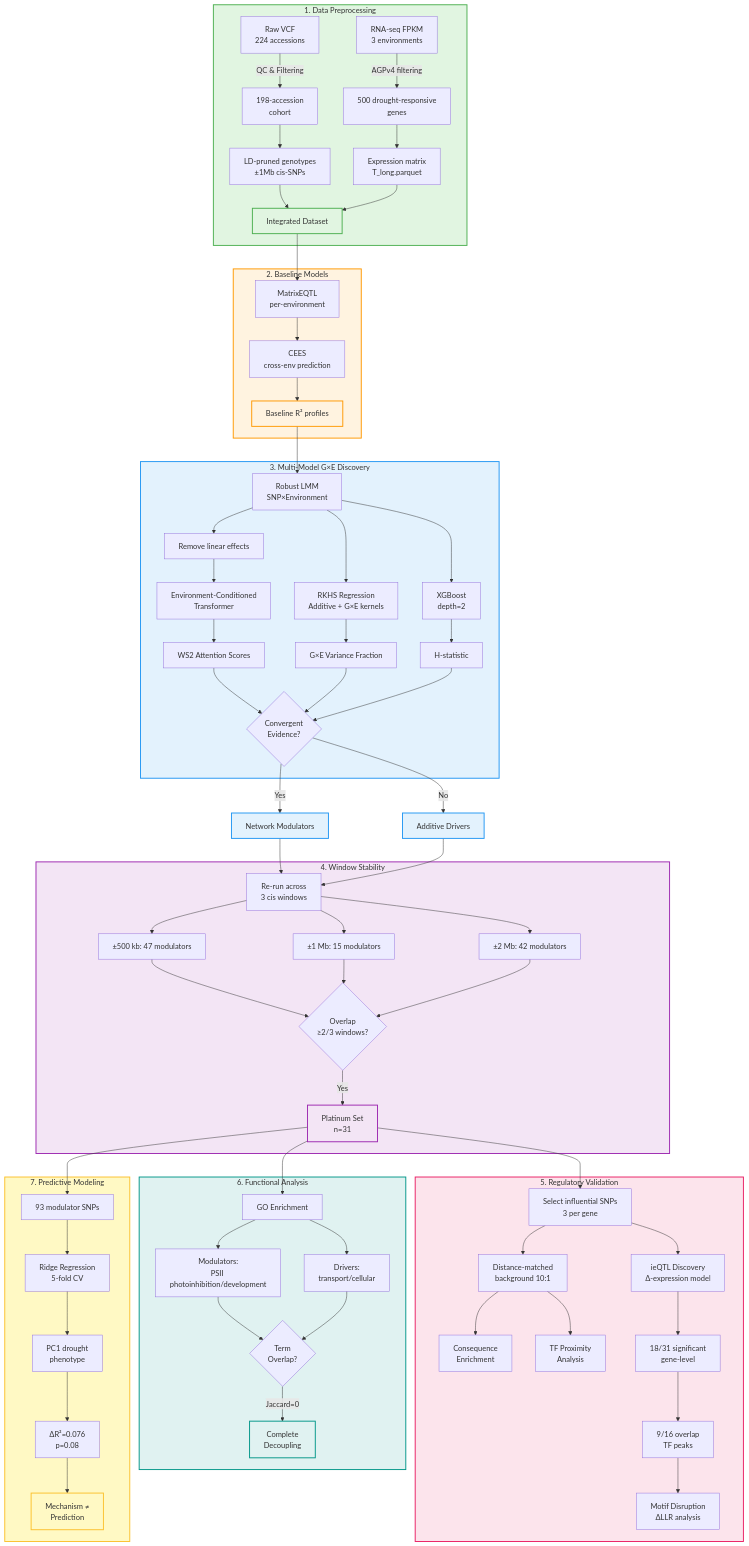
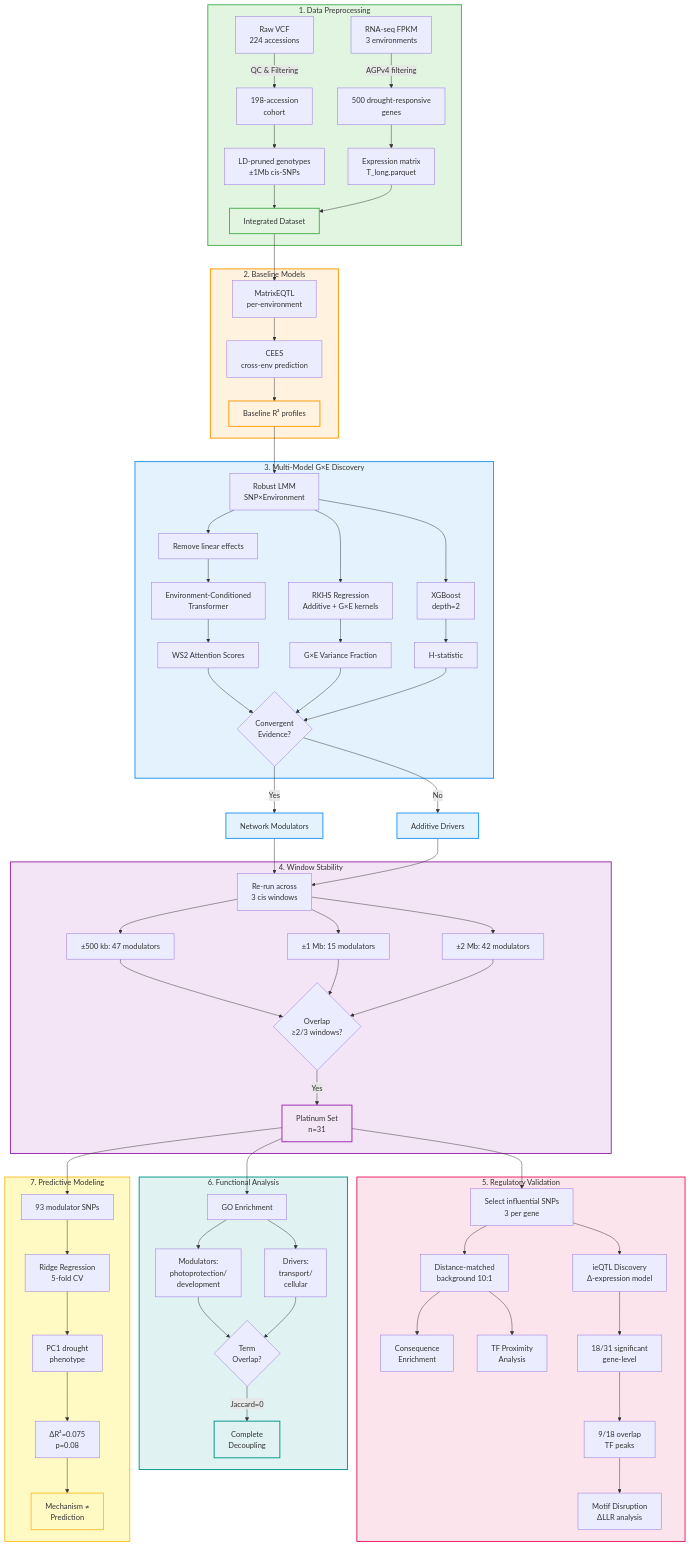
Before and after one commit to shoaibms/post-gwas: the diagram in README.md, drawn with Mermaid. The commit also changed other lines of this file, not shown here.

```diff
--- a/README.md
+++ b/README.md
@@ -139,15 +139,15 @@
         W --> X2[TF Proximity<br/>Analysis]
         V --> Y[ieQTL Discovery<br/>Δ-expression model]
         Y --> Z1[18/31 significant<br/>gene-level]
-        Z1 --> Z2[9/16 overlap<br/>TF peaks]
+        Z1 --> Z2[9/18 overlap<br/>TF peaks]
         Z2 --> AA[Motif Disruption<br/>ΔLLR analysis]
     end
     
     U --> AB
     
     subgraph Functional["6. Functional Analysis"]
-        AB[GO Enrichment] --> AC1[Modulators:<br/>PSII photoinhibition/development]
-        AB --> AC2[Drivers:<br/>transport/cellular]
+        AB[GO Enrichment] --> AC1[Modulators:<br/>photoprotection/<br/>development]
+        AB --> AC2[Drivers:<br/>transport/<br/>cellular]
         AC1 --> AD{Term<br/>Overlap?}
         AC2 --> AD
         AD -->|Jaccard=0| AE[Complete<br/>Decoupling]
@@ -158,7 +158,7 @@
     subgraph Prediction["7. Predictive Modeling"]
         AF[93 modulator SNPs] --> AG[Ridge Regression<br/>5-fold CV]
         AG --> AH[PC1 drought<br/>phenotype]
-        AH --> AI[ΔR²=0.076<br/>p=0.08]
+        AH --> AI[ΔR²=0.075<br/>p=0.08]
         AI --> AJ[Mechanism ≠<br/>Prediction]
     end
     
```
